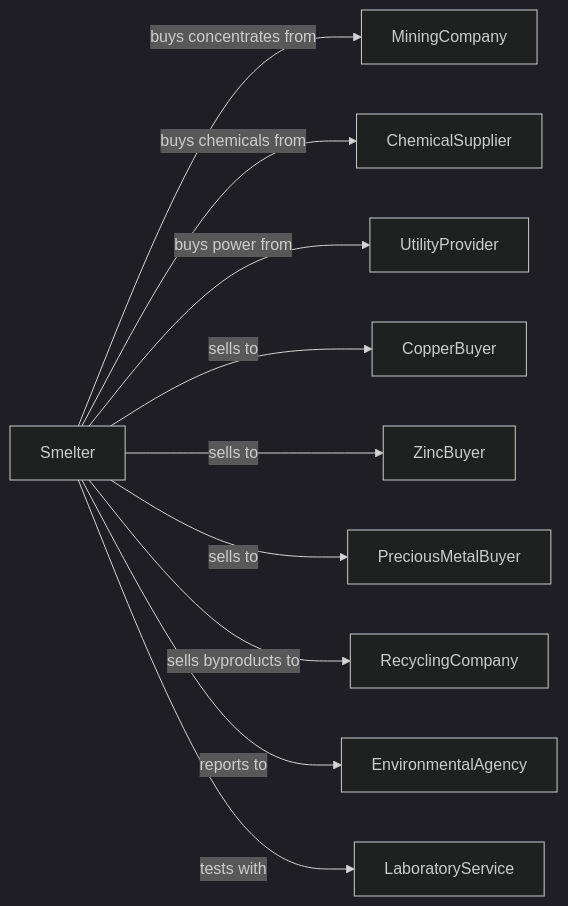
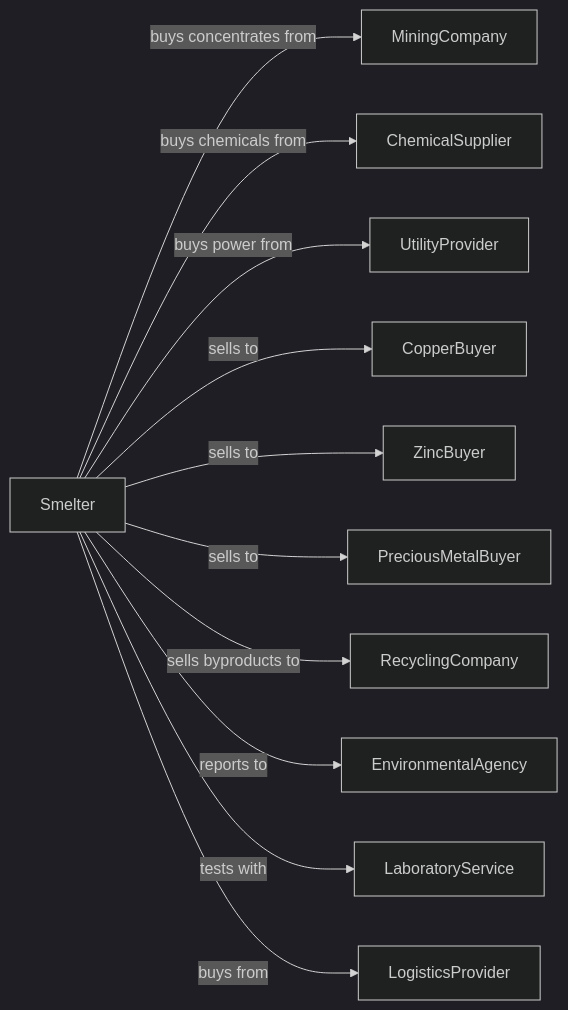
One commit to dot-org-ai/industries.org.ai changed the second of 2 diagrams in Manufacturing/PrimaryMetalManufacturing/NonferrousMetalExceptAluminumProductionAndProcessing/NonferrousMetalExceptAluminumSmeltingAndRefining.mdx. Above: the diagram before and after it, drawn with Mermaid (dark theme). The commit also changed other lines of this file and 588 other files, not shown here.

````diff
--- a/Manufacturing/PrimaryMetalManufacturing/NonferrousMetalExceptAluminumProductionAndProcessing/NonferrousMetalExceptAluminumSmeltingAndRefining.mdx
+++ b/Manufacturing/PrimaryMetalManufacturing/NonferrousMetalExceptAluminumProductionAndProcessing/NonferrousMetalExceptAluminumSmeltingAndRefining.mdx
@@ -136,14 +136,15 @@
 ```mermaid
 graph LR
     S[Smelter]
 
     S -->|buys concentrates from| MiningCompany
     S -->|buys chemicals from| ChemicalSupplier
     S -->|buys power from| UtilityProvider
     S -->|sells to| CopperBuyer
     S -->|sells to| ZincBuyer
     S -->|sells to| PreciousMetalBuyer
     S -->|sells byproducts to| RecyclingCompany
     S -->|reports to| EnvironmentalAgency
     S -->|tests with| LaboratoryService
+    S -->|buys from| LogisticsProvider
 ```
````
